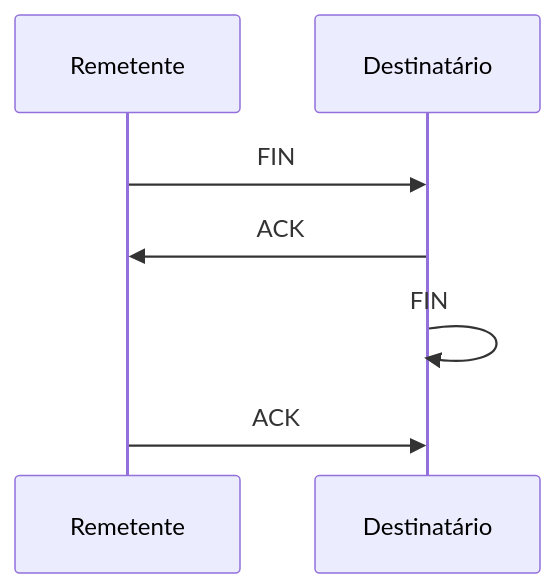
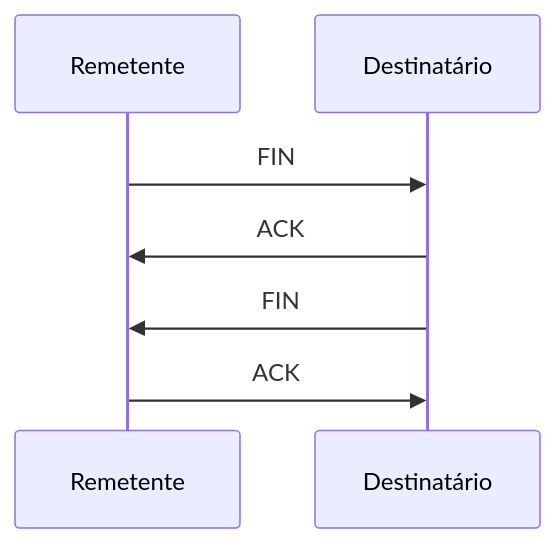
One commit to boitatech/cyber-security-roadmap changed the second of 2 diagrams in Conceitos Básicos/0001 - Redes de computadores.md. Above: the diagram before and after it, drawn with Mermaid. The commit also changed other lines of this file, not shown here.

Commit message:
correção tabela
correção de tabela

````diff
--- a/Conceitos Básicos/0001 - Redes de computadores.md
+++ b/Conceitos Básicos/0001 - Redes de computadores.md
@@ -235,12 +235,12 @@
 ```mermaid
 ---
 Processo de aperto de mão (handshake) do TCP
 ---
 
 sequenceDiagram
 
 Remetente ->> Destinatário: FIN
 Destinatário ->> Remetente: ACK
-Destinatário ->> Destinatário: FIN
+Destinatário ->> Remetente: FIN
 Remetente ->> Destinatário: ACK
 ```
````
